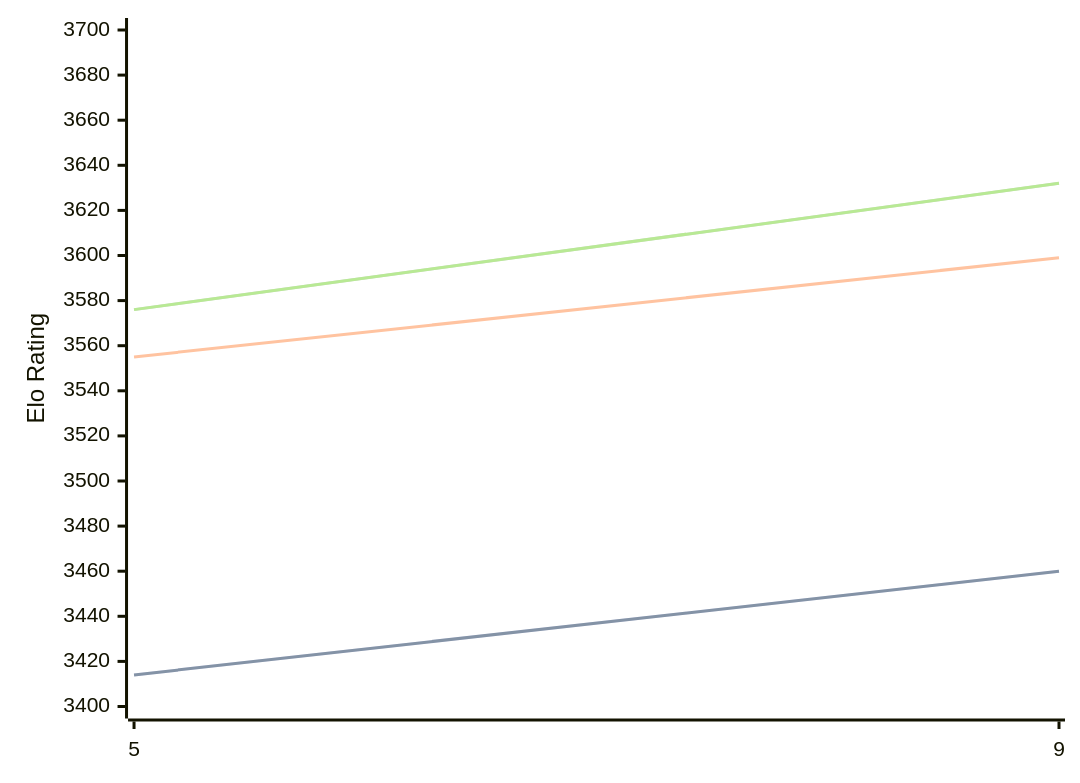
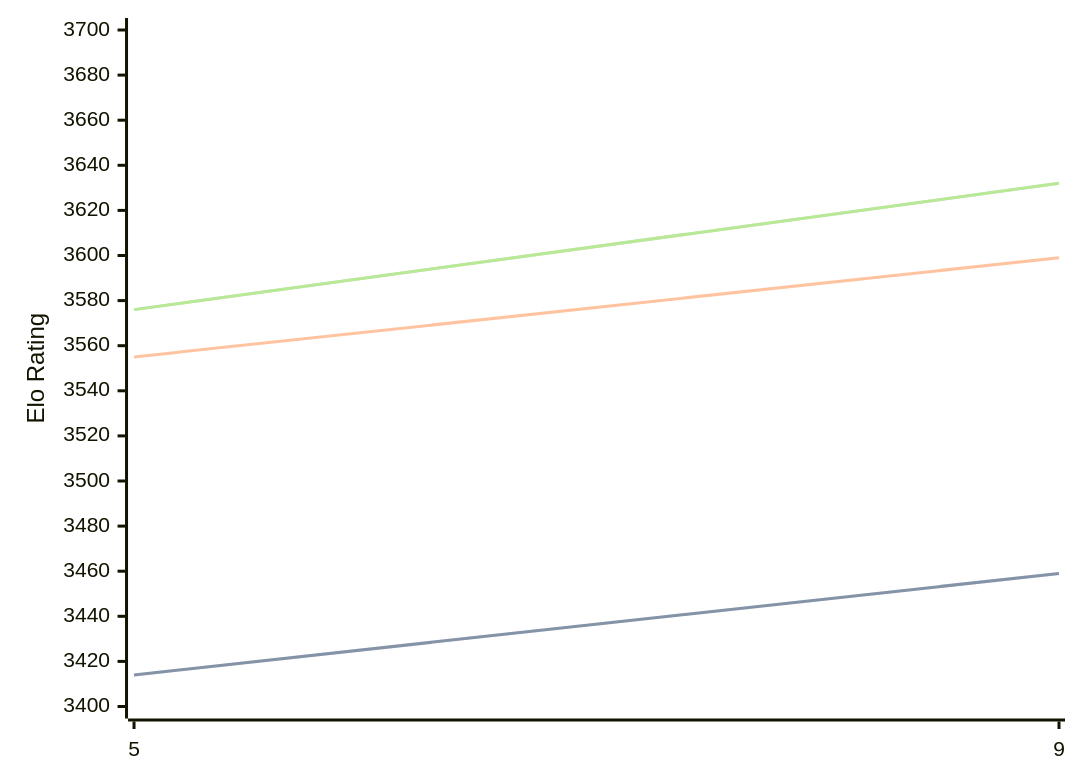
The diagram in engines/Crystal.md (computer-chess-index/cci), drawn with Mermaid before and after one commit. The commit also changed other lines of this file, not shown here.

Commit message:
Update CCI Ratings (ELO VLTC) - 2026-03-12

````diff
--- a/engines/Crystal.md
+++ b/engines/Crystal.md
@@ -58,11 +58,11 @@
 ```mermaid
 %%{init: {"theme":"base","themeVariables":{"seriesColors:['#a3a3a3','#222221','#faa371']}}}%%
 xychart-beta
   x-axis ["5", "9"]
   y-axis "Elo Rating" 3400 --> 3700
-  line "STC (8.0+0.08s)" [3414, 3460]
-  line "STC (8.0+0.08s)" [3414, 3460]
+  line "STC (8.0+0.08s)" [3414, 3459]
+  line "STC (8.0+0.08s)" [3414, 3459]
   line "LTC (60.0+0.60s)" [3555, 3599]
   line "VLTC (2m24s+1.12s)" [3576, 3632]
   line "VLTC (2m24s+1.12s)" [3576, 3632]
 ```
````
